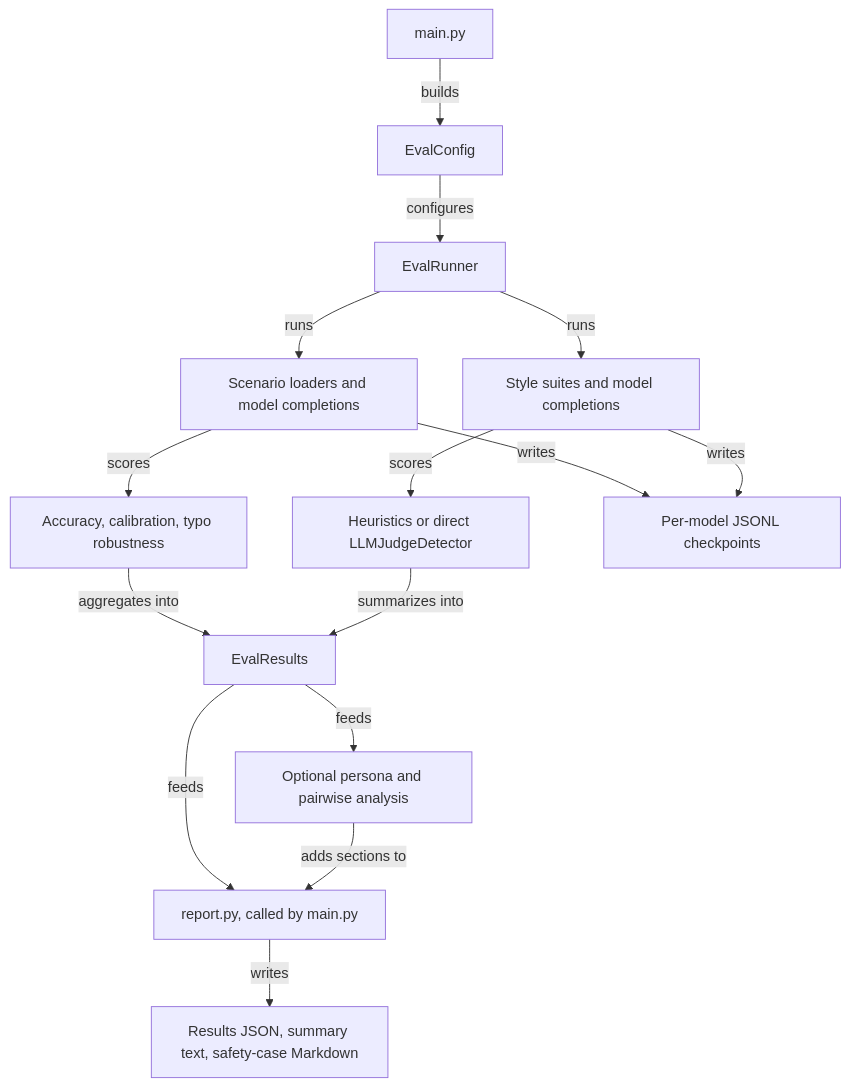
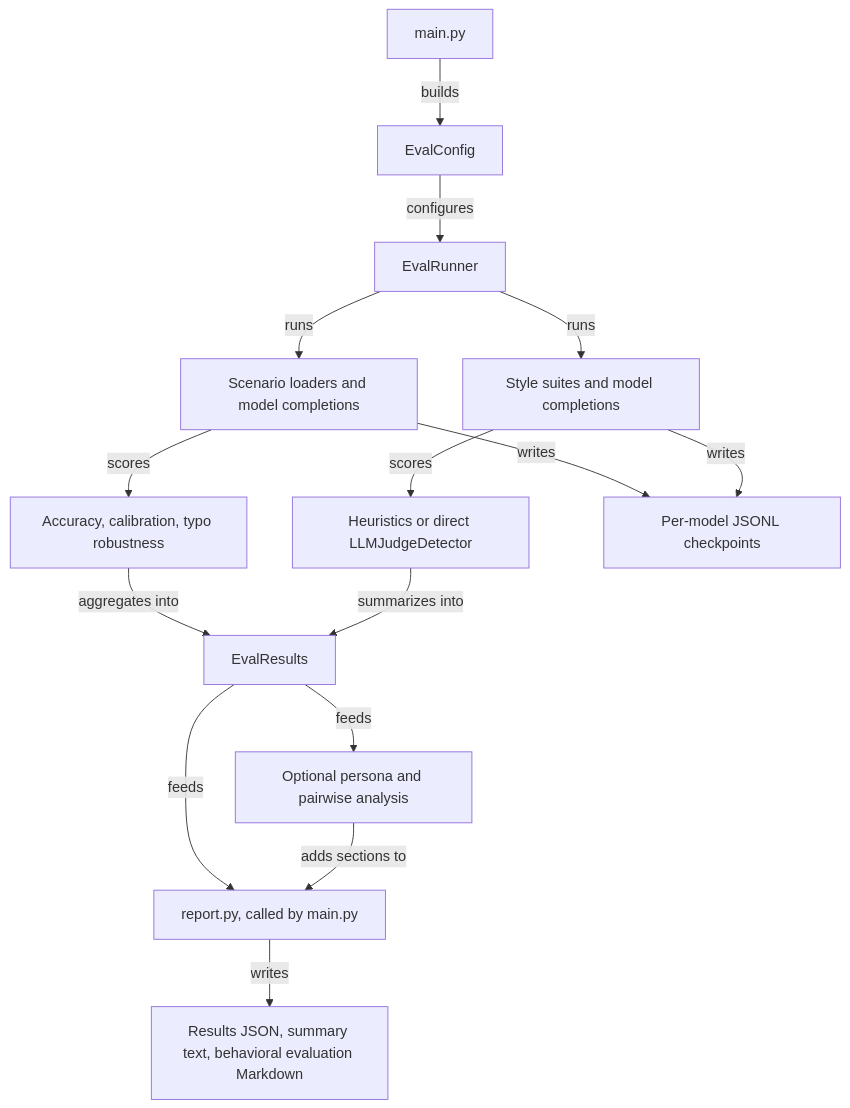
The second of 3 diagrams in ARCHITECTURE.md (prathibha-github/compass-experiments), drawn with Mermaid before and after one commit. The commit also changed other lines of this file and 2 other files, not shown here.

````diff
--- a/ARCHITECTURE.md
+++ b/ARCHITECTURE.md
@@ -27,17 +27,17 @@
 ```mermaid
 flowchart TD
     CLI["main.py"] -->|builds| Config["EvalConfig"]
     Config -->|configures| Runner["EvalRunner"]
     Runner -->|runs| Scenarios["Scenario loaders and model completions"]
     Runner -->|runs| Styles["Style suites and model completions"]
     Scenarios -->|scores| Metrics["Accuracy, calibration, typo robustness"]
     Styles -->|scores| Detectors["Heuristics or direct LLMJudgeDetector"]
     Scenarios -->|writes| Checkpoints["Per-model JSONL checkpoints"]
     Styles -->|writes| Checkpoints
     Metrics -->|aggregates into| Results["EvalResults"]
     Detectors -->|summarizes into| Results
     Results -->|feeds| Analysis["Optional persona and pairwise analysis"]
     Results -->|feeds| Report["report.py, called by main.py"]
     Analysis -->|adds sections to| Report
-    Report -->|writes| Artifacts["Results JSON, summary text, safety-case Markdown"]
+    Report -->|writes| Artifacts["Results JSON, summary text, behavioral evaluation Markdown"]
 ```
````
